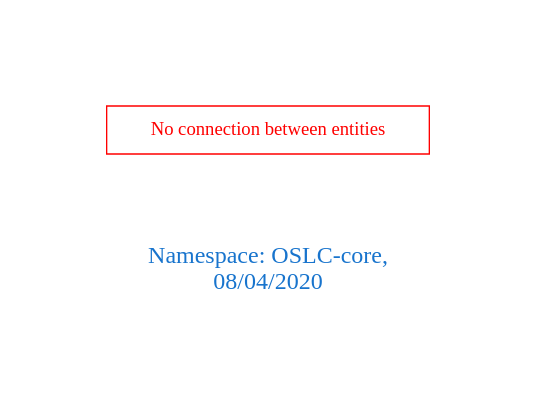
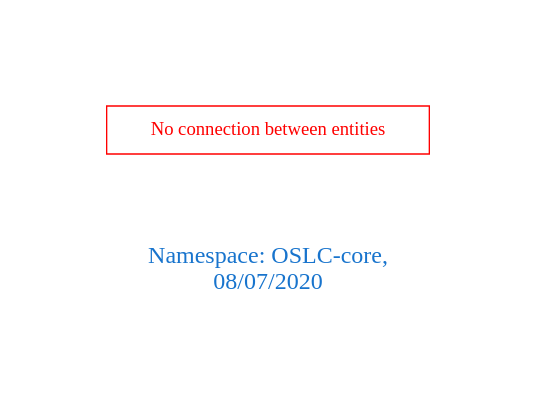
The diagram in downloads/OSLC-core.dot (arago/OGIT), drawn with Graphviz before and after one commit. The commit also changed 1770 other files, not shown here.

```diff
--- a/downloads/OSLC-core.dot
+++ b/downloads/OSLC-core.dot
@@ -1,9 +1,9 @@
 digraph OGIT_ontology {
  graph [ rankdir= LR,pad=1 
 fontsize = 18,
-fontcolor= dodgerblue3,label = "\n\n\nNamespace: OSLC-core, \n 08/04/2020"];
+fontcolor= dodgerblue3,label = "\n\n\nNamespace: OSLC-core, \n 08/07/2020"];
 node[shape=polygon];
 edge [  color="gray81"];
 
 "No connection between entities" [fontcolor = "red",color="red", shape="polygon"]
 }
```
